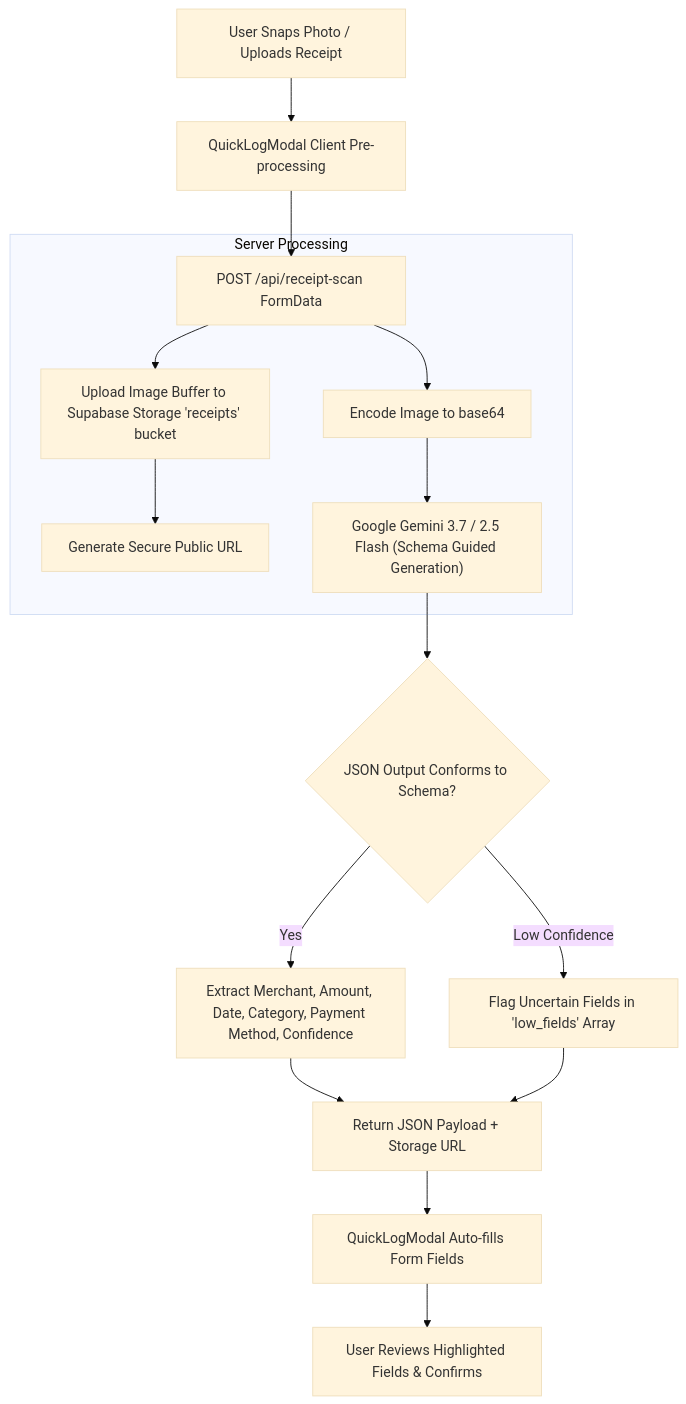
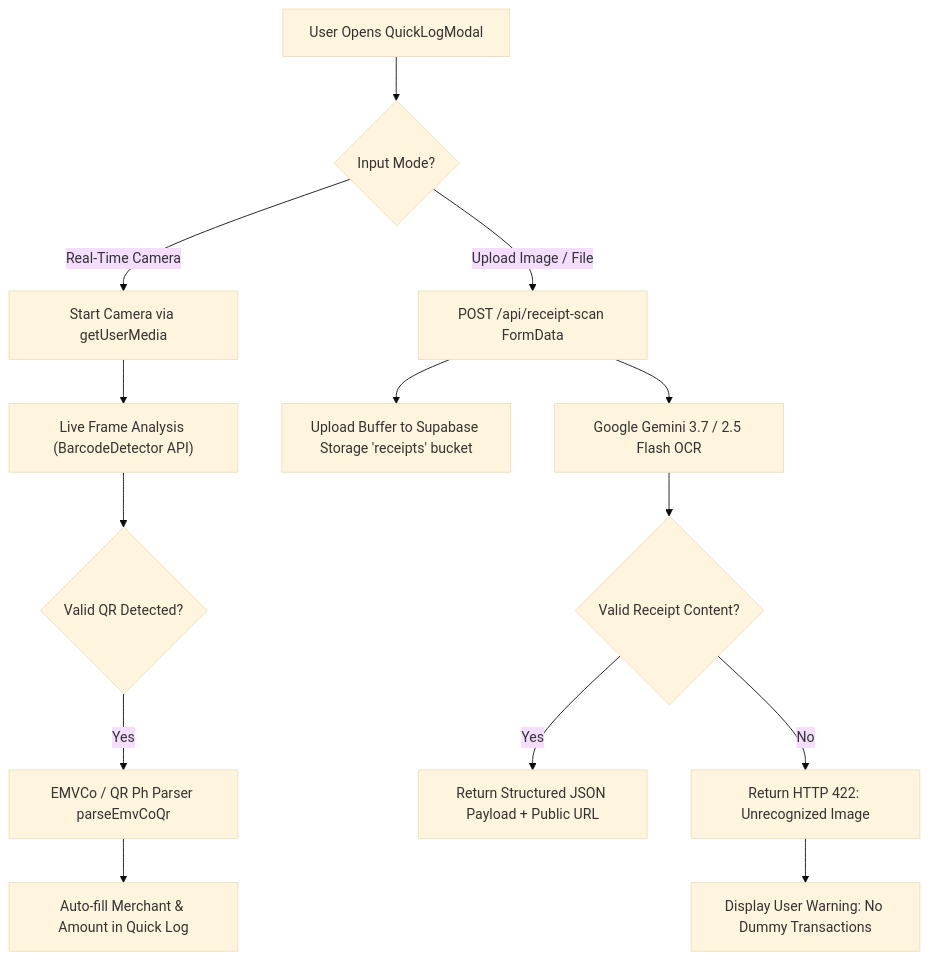
One commit to janveryuu/pawi-financial-tracker changed the sixth of 11 diagrams in PAWI_OBSIDIAN_DOCUMENTATION.md. Above: the diagram before and after it, drawn with Mermaid (base theme). The commit also changed other lines of this file, not shown here.

Commit message:
docs(obsidian): update complete architecture documentation for v2.0.1 QA remediation

````diff
--- a/PAWI_OBSIDIAN_DOCUMENTATION.md
+++ b/PAWI_OBSIDIAN_DOCUMENTATION.md
@@ -391,20 +404,18 @@
 ```mermaid
 flowchart TD
-    A[User Snaps Photo / Uploads Receipt] --> B[QuickLogModal Client Pre-processing]
-    B --> C[POST /api/receipt-scan FormData]
+    A[User Opens QuickLogModal] --> Choice{Input Mode?}
     
-    subgraph Server Processing
-        C --> D1[Upload Image Buffer to Supabase Storage 'receipts' bucket]
-        D1 --> D2[Generate Secure Public URL]
-        C --> E1[Encode Image to base64]
-        E1 --> E2["Google Gemini 3.7 / 2.5 Flash (Schema Guided Generation)"]
-    end
-
-    E2 --> F{JSON Output Conforms to Schema?}
-    F -- Yes --> G[Extract Merchant, Amount, Date, Category, Payment Method, Confidence]
-    F -- Low Confidence --> H[Flag Uncertain Fields in 'low_fields' Array]
+    Choice -- Real-Time Camera --> B1[Start Camera via getUserMedia]
+    B1 --> B2["Live Frame Analysis (BarcodeDetector API)"]
+    B2 --> B3{Valid QR Detected?}
+    B3 -- Yes --> B4[EMVCo / QR Ph Parser parseEmvCoQr]
+    B4 --> B5[Auto-fill Merchant & Amount in Quick Log]
     
-    G & H --> I[Return JSON Payload + Storage URL]
-    I --> J[QuickLogModal Auto-fills Form Fields]
-    J --> K[User Reviews Highlighted Fields & Confirms]
+    Choice -- Upload Image / File --> C1[POST /api/receipt-scan FormData]
+    C1 --> C2[Upload Buffer to Supabase Storage 'receipts' bucket]
+    C1 --> C3["Google Gemini 3.7 / 2.5 Flash OCR"]
+    C3 --> C4{Valid Receipt Content?}
+    C4 -- Yes --> C5[Return Structured JSON Payload + Public URL]
+    C4 -- No --> C6[Return HTTP 422: Unrecognized Image]
+    C6 --> C7[Display User Warning: No Dummy Transactions]
 ```
````
